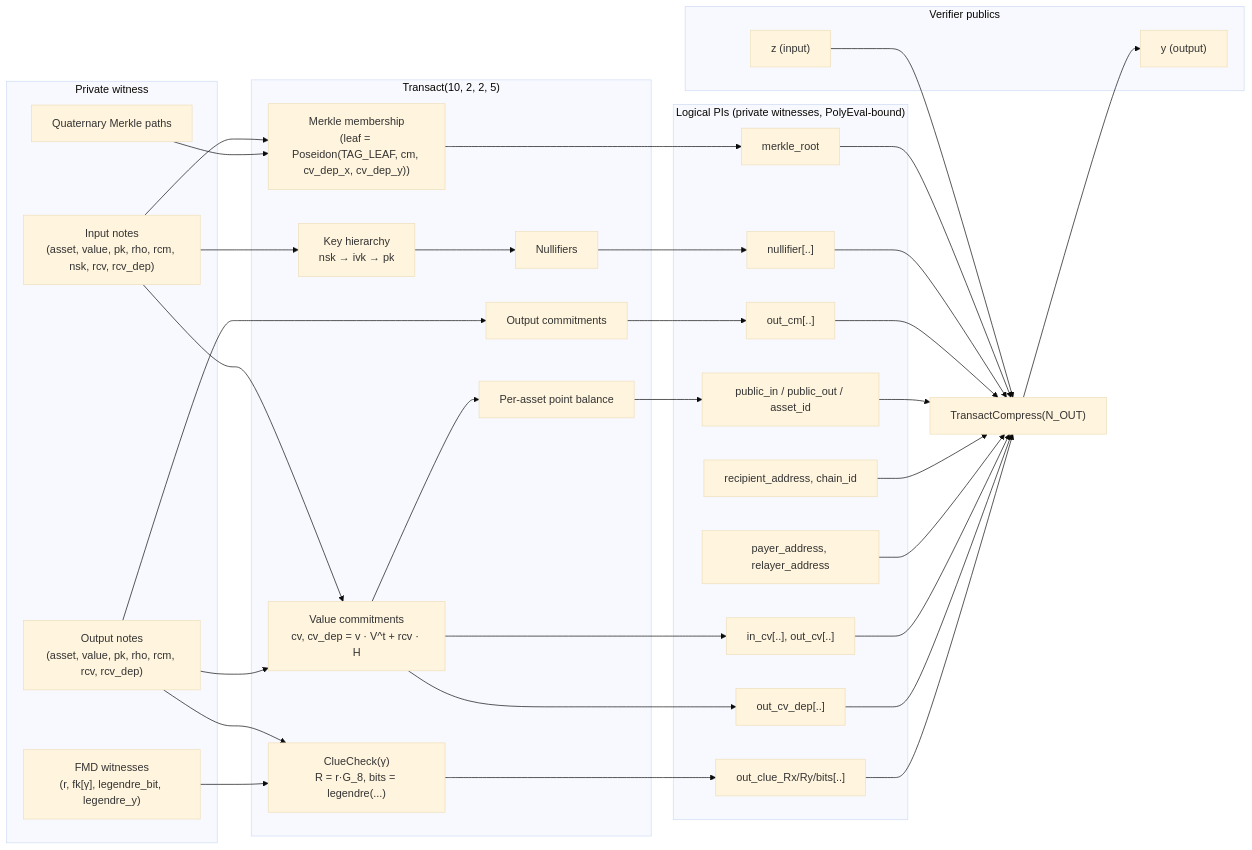
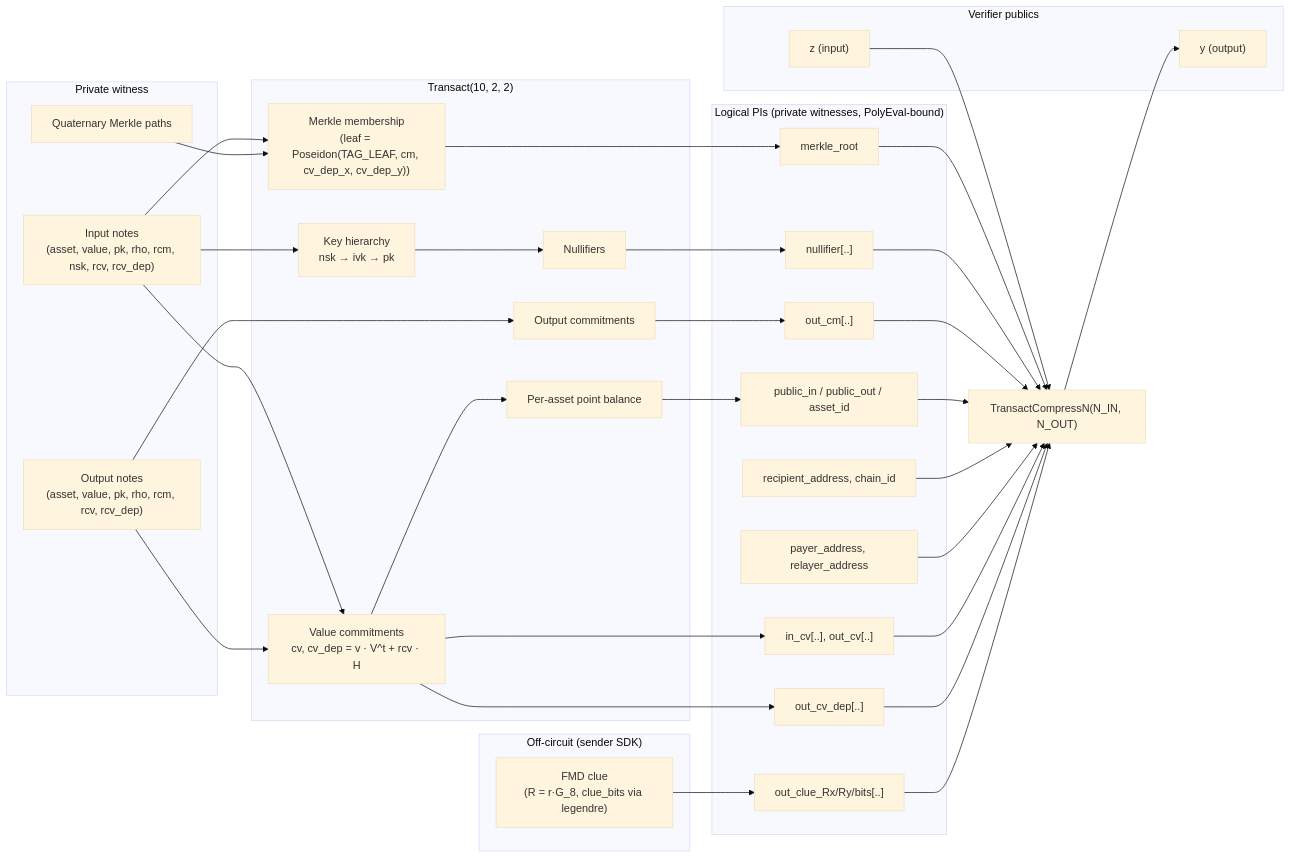
One commit to lelantos-org/circuits changed the first of 5 diagrams in src/README.md. Above: the diagram before and after it, drawn with Mermaid (base theme). The commit also changed other lines of this file and 18 other files, not shown here.

````diff
--- a/src/README.md
+++ b/src/README.md
@@ -175,53 +170,53 @@
 ```mermaid
 flowchart LR
     subgraph Witness["Private witness"]
         IN["Input notes<br/>(asset, value, pk, rho, rcm, nsk, rcv, rcv_dep)"]
         OUT["Output notes<br/>(asset, value, pk, rho, rcm, rcv, rcv_dep)"]
         MP["Quaternary Merkle paths"]
-        FMD["FMD witnesses<br/>(r, fk[γ], legendre_bit, legendre_y)"]
     end
-    subgraph Circuit["Transact(10, 2, 2, 5)"]
+    subgraph OffChain["Off-circuit (sender SDK)"]
+        FMD["FMD clue<br/>(R = r·G_8, clue_bits via legendre)"]
+    end
+    subgraph Circuit["Transact(10, 2, 2)"]
         K["Key hierarchy<br/>nsk → ivk → pk"]
         NF["Nullifiers"]
         MT["Merkle membership<br/>(leaf = Poseidon(TAG_LEAF, cm, cv_dep_x, cv_dep_y))"]
         CV["Value commitments<br/>cv, cv_dep = v · V^t + rcv · H"]
         BAL["Per-asset point balance"]
         CM["Output commitments"]
-        CL["ClueCheck(γ)<br/>R = r·G_8, bits = legendre(...)"]
     end
     subgraph Logical["Logical PIs (private witnesses, PolyEval-bound)"]
         ROOT["merkle_root"]
         NFS["nullifier[..]"]
         CMS["out_cm[..]"]
         PB["public_in / public_out / asset_id"]
         REC["recipient_address, chain_id"]
         ADDR["payer_address, relayer_address"]
         CVS["in_cv[..], out_cv[..]"]
         CVD["out_cv_dep[..]"]
         CLS["out_clue_Rx/Ry/bits[..]"]
     end
     subgraph Pub["Verifier publics"]
         Z["z (input)"]
         Y["y (output)"]
     end
     IN --> K --> NF --> NFS
     IN --> MT --> ROOT
     MP --> MT
     IN --> CV --> CVS
     OUT --> CV
     CV --> CVD
     CV --> BAL --> PB
     OUT --> CM --> CMS
-    OUT --> CL
-    FMD --> CL --> CLS
-    ROOT --> PE["TransactCompress(N_OUT)"]
+    FMD --> CLS
+    ROOT --> PE["TransactCompressN(N_IN, N_OUT)"]
     NFS --> PE
     CMS --> PE
     PB --> PE
     REC --> PE
     ADDR --> PE
     CVS --> PE
     CVD --> PE
     CLS --> PE
     Z --> PE --> Y
 ```
````
